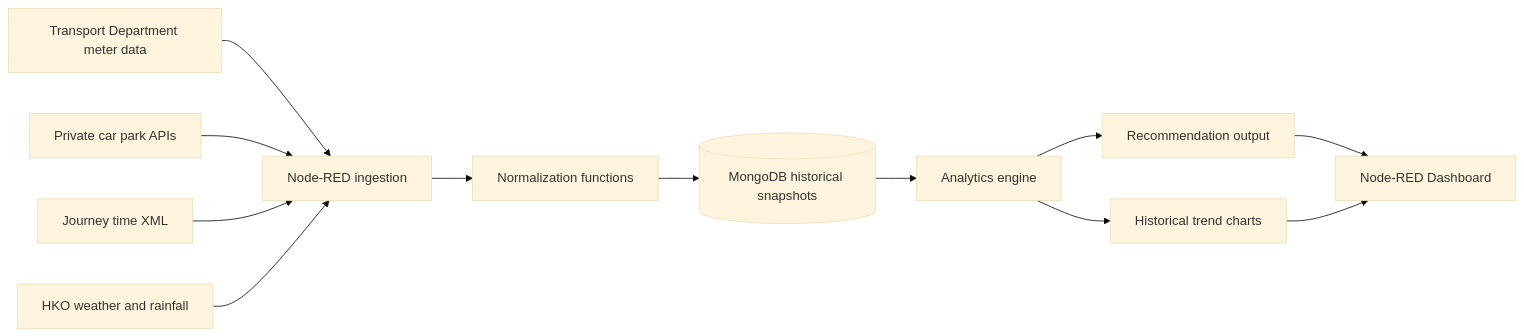
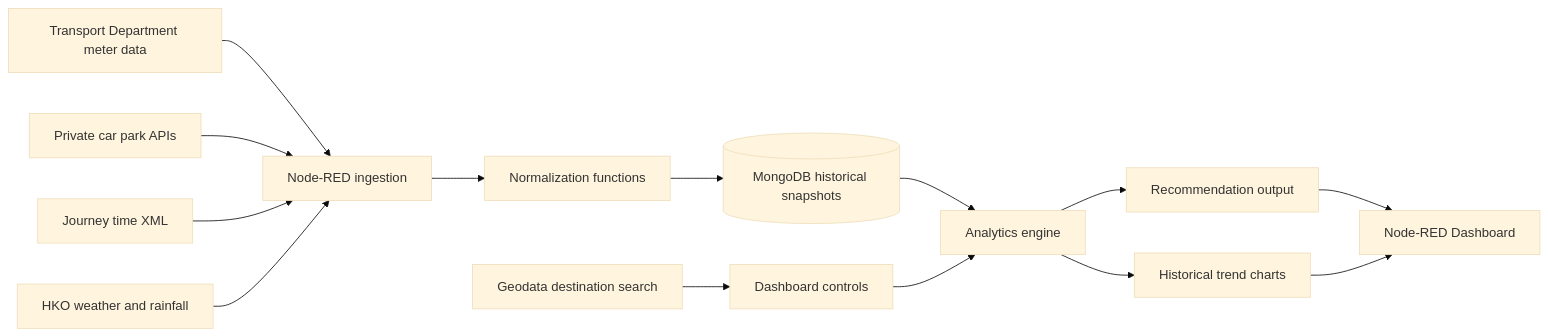
The first of 2 diagrams in Project_Report.md (samaa0/Multi_media_proj), drawn with Mermaid (base theme) before and after one commit. The commit also changed other lines of this file and 3 other files, not shown here.

Commit message:
Add free-form destination search & ranking

````diff
--- a/Project_Report.md
+++ b/Project_Report.md
@@ -58,14 +58,16 @@
 ```mermaid
 flowchart LR
     A[Transport Department meter data] --> B[Node-RED ingestion]
     C[Private car park APIs] --> B
     D[Journey time XML] --> B
     E[HKO weather and rainfall] --> B
-    B --> F[Normalization functions]
-    F --> G[(MongoDB historical snapshots)]
-    G --> H[Analytics engine]
-    H --> I[Recommendation output]
-    H --> J[Historical trend charts]
-    I --> K[Node-RED Dashboard]
-    J --> K
+    F[Geodata destination search] --> H[Dashboard controls]
+    B --> G[Normalization functions]
+    G --> I[(MongoDB historical snapshots)]
+    I --> J[Analytics engine]
+    H --> J
+    J --> K[Recommendation output]
+    J --> L[Historical trend charts]
+    K --> M[Node-RED Dashboard]
+    L --> M
 ```
````
